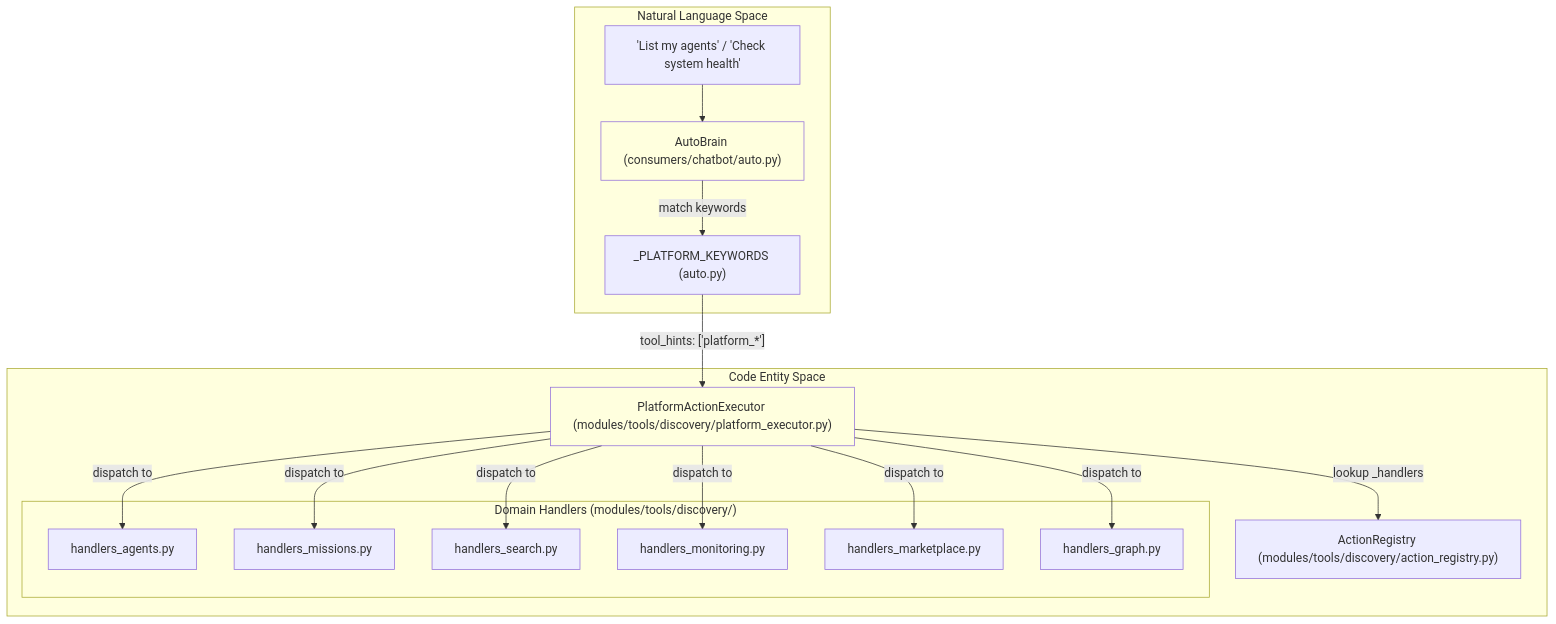
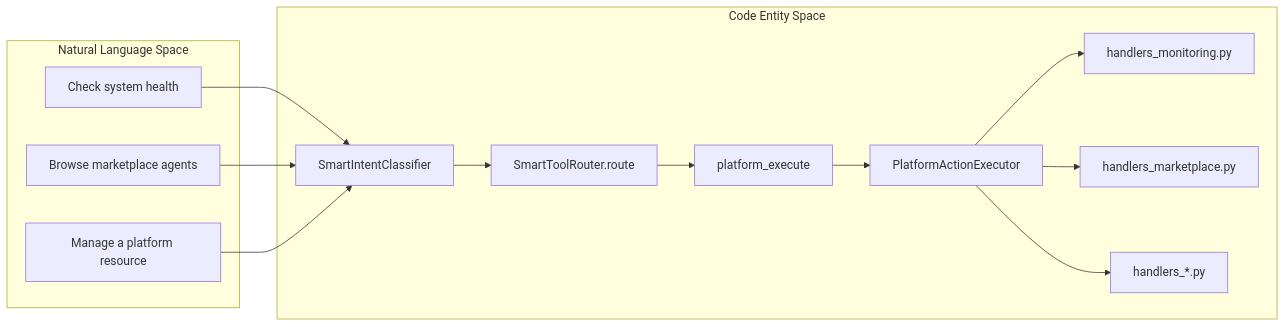
The second of 2 diagrams in docs/platform-actions/_index.md (AutomatosAI/automatos-ai), drawn with Mermaid before and after one commit. The commit also changed other lines of this file and 188 other files, not shown here.

First line of the commit message:
docs: refresh architecture docs and add coverage for new subsystems (#1416)

````diff
--- a/docs/platform-actions/_index.md
+++ b/docs/platform-actions/_index.md
@@ -60,37 +98,26 @@
 ```mermaid
-graph TB
-    subgraph "Natural Language Space"
-        UserQuery["'List my agents' / 'Check system health'"]
-        AutoBrain["AutoBrain (consumers/chatbot/auto.py)"]
-        Keywords["_PLATFORM_KEYWORDS (auto.py)"]
+flowchart LR
+    subgraph NaturalLanguageSpace["Natural Language Space"]
+        HealthAsk["Check system health"]
+        BrowseAsk["Browse marketplace agents"]
+        ManageAsk["Manage a platform resource"]
     end
-    
-    subgraph "Code Entity Space"
-        Executor["PlatformActionExecutor (modules/tools/discovery/platform_executor.py)"]
-        Registry["ActionRegistry (modules/tools/discovery/action_registry.py)"]
-        
-        subgraph "Domain Handlers (modules/tools/discovery/)"
-            AgentH["handlers_agents.py"]
-            MissionH["handlers_missions.py"]
-            SearchH["handlers_search.py"]
-            MonitorH["handlers_monitoring.py"]
-            MarketH["handlers_marketplace.py"]
-            GraphH["handlers_graph.py"]
-        end
+    subgraph CodeEntitySpace["Code Entity Space"]
+        IntentClassifier["SmartIntentClassifier"]
+        ToolRouter["SmartToolRouter.route"]
+        Dispatcher["platform_execute"]
+        Executor["PlatformActionExecutor"]
+        MonitoringHandler["handlers_monitoring.py"]
+        MarketplaceHandler["handlers_marketplace.py"]
+        DomainHandlers["handlers_*.py"]
     end
-    
-    UserQuery --> AutoBrain
-    AutoBrain -->|"match keywords"| Keywords
-    Keywords -->|"tool_hints: ['platform_*']"| Executor
-    
-    Executor -->|"lookup _handlers"| Registry
-    Executor -->|"dispatch to"| AgentH
-    Executor -->|"dispatch to"| MissionH
-    Executor -->|"dispatch to"| SearchH
-    Executor -->|"dispatch to"| MonitorH
-    Executor -->|"dispatch to"| MarketH
-    Executor -->|"dispatch to"| GraphH
-
-    style AutoBrain fill:none
-    style Executor fill:none
+    HealthAsk --> IntentClassifier
+    BrowseAsk --> IntentClassifier
+    ManageAsk --> IntentClassifier
+    IntentClassifier --> ToolRouter
+    ToolRouter --> Dispatcher
+    Dispatcher --> Executor
+    Executor --> MonitoringHandler
+    Executor --> MarketplaceHandler
+    Executor --> DomainHandlers
 ```
````
